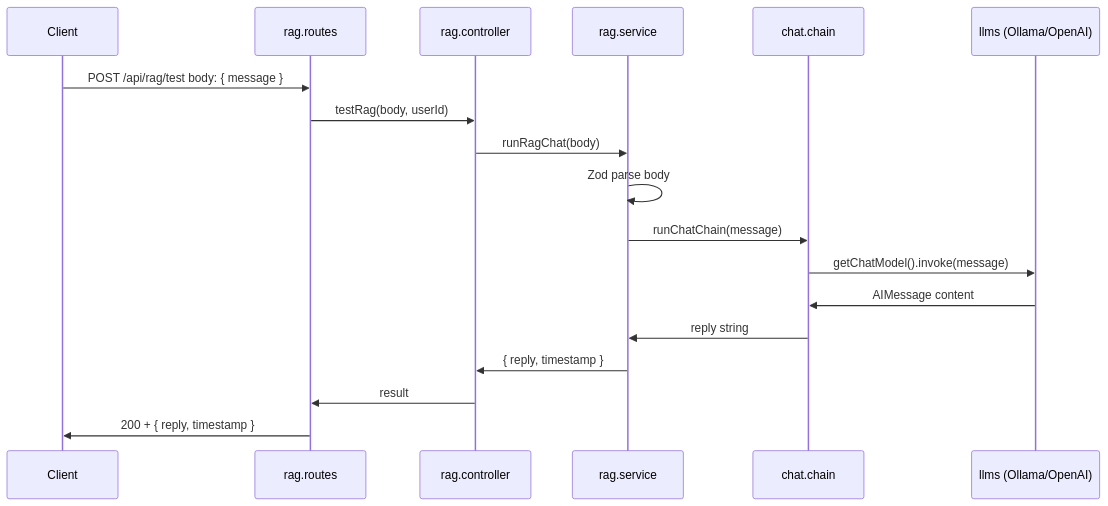
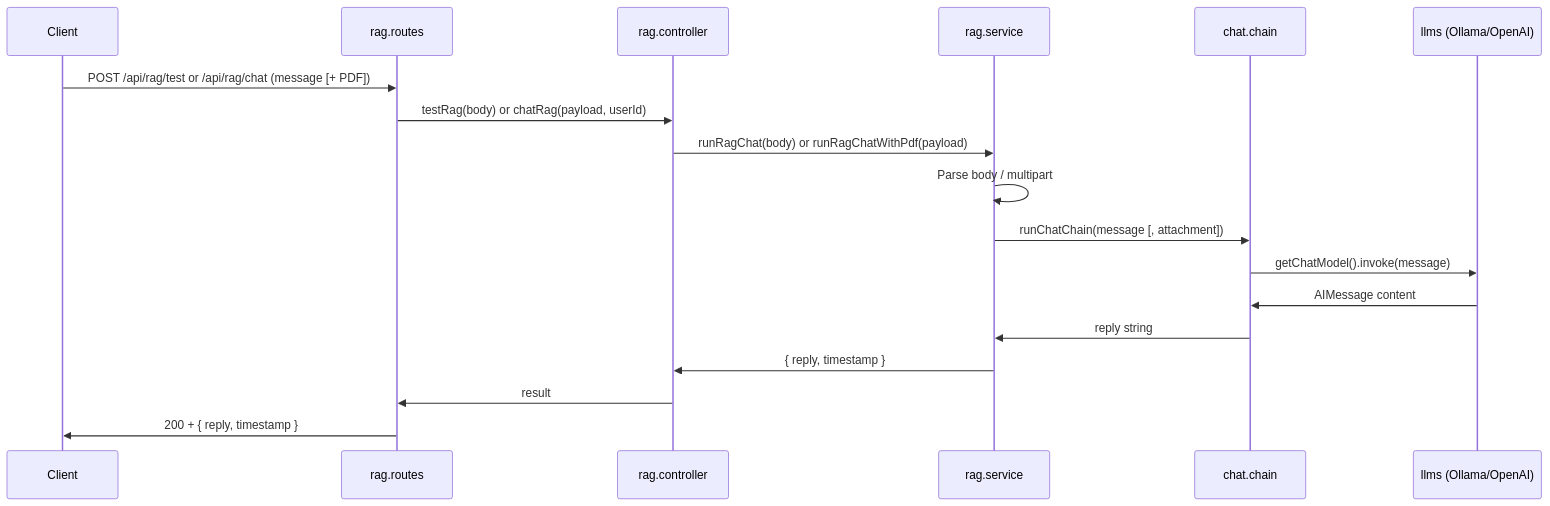
The diagram in docs/rag.md (sorocode-comunidade/swanytello), drawn with Mermaid before and after one commit. The commit also changed other lines of this file and 18 other files, not shown here.

Commit message:
added msg and file support for the post chat method, updated docs, multipart upload

````diff
--- a/docs/rag.md
+++ b/docs/rag.md
@@ -41,21 +43,21 @@
 ```mermaid
 sequenceDiagram
   participant Client
   participant Route as rag.routes
   participant Controller as rag.controller
   participant Service as rag.service
   participant Chain as chat.chain
   participant LLM as llms (Ollama/OpenAI)
 
-  Client->>Route: POST /api/rag/test body: { message }
-  Route->>Controller: testRag(body, userId)
-  Controller->>Service: runRagChat(body)
-  Service->>Service: Zod parse body
-  Service->>Chain: runChatChain(message)
+  Client->>Route: POST /api/rag/test or /api/rag/chat (message [+ PDF])
+  Route->>Controller: testRag(body) or chatRag(payload, userId)
+  Controller->>Service: runRagChat(body) or runRagChatWithPdf(payload)
+  Service->>Service: Parse body / multipart
+  Service->>Chain: runChatChain(message [, attachment])
   Chain->>LLM: getChatModel().invoke(message)
   LLM->>Chain: AIMessage content
   Chain->>Service: reply string
   Service->>Controller: { reply, timestamp }
   Controller->>Route: result
   Route->>Client: 200 + { reply, timestamp }
 ```
````
